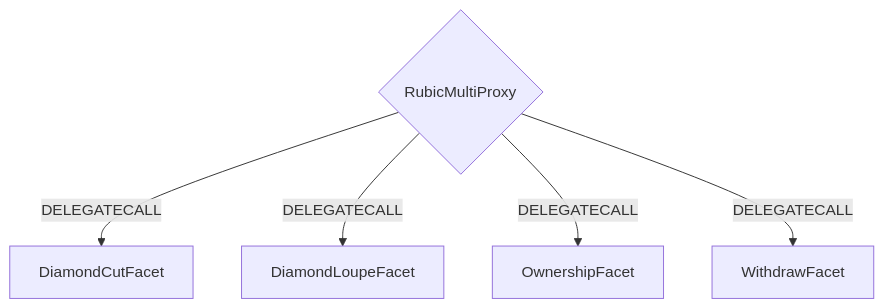
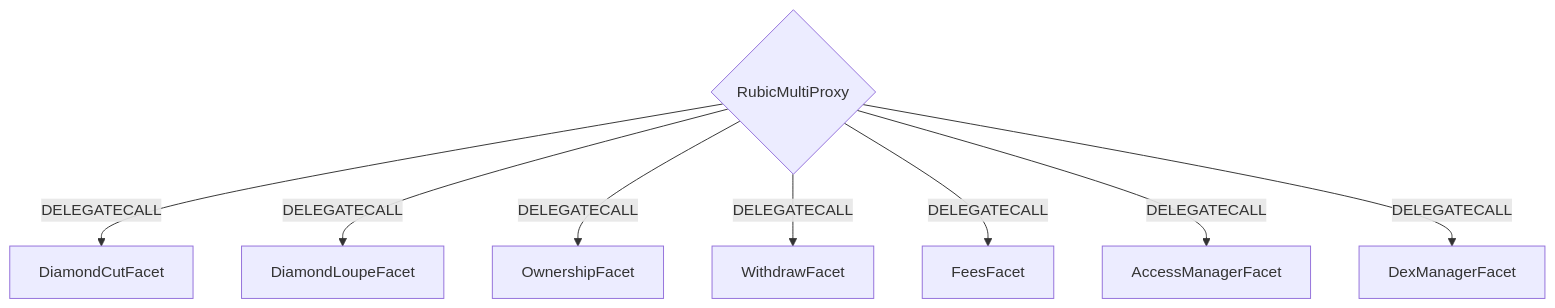
The second of 2 diagrams in README.md (Cryptorubic/multi-proxy-rubic), drawn with Mermaid before and after one commit. The commit also changed other lines of this file, not shown here.

````diff
--- a/README.md
+++ b/README.md
@@ -127,7 +62,10 @@
 ```mermaid
 graph TD;
     D{RubicMultiProxy}-- DELEGATECALL -->DiamondCutFacet;
     D{RubicMultiProxy}-- DELEGATECALL -->DiamondLoupeFacet;
     D{RubicMultiProxy}-- DELEGATECALL -->OwnershipFacet;
     D{RubicMultiProxy}-- DELEGATECALL -->WithdrawFacet;
+    D{RubicMultiProxy}-- DELEGATECALL -->FeesFacet;
+    D{RubicMultiProxy}-- DELEGATECALL -->AccessManagerFacet;
+    D{RubicMultiProxy}-- DELEGATECALL -->DexManagerFacet;
 ```
````
